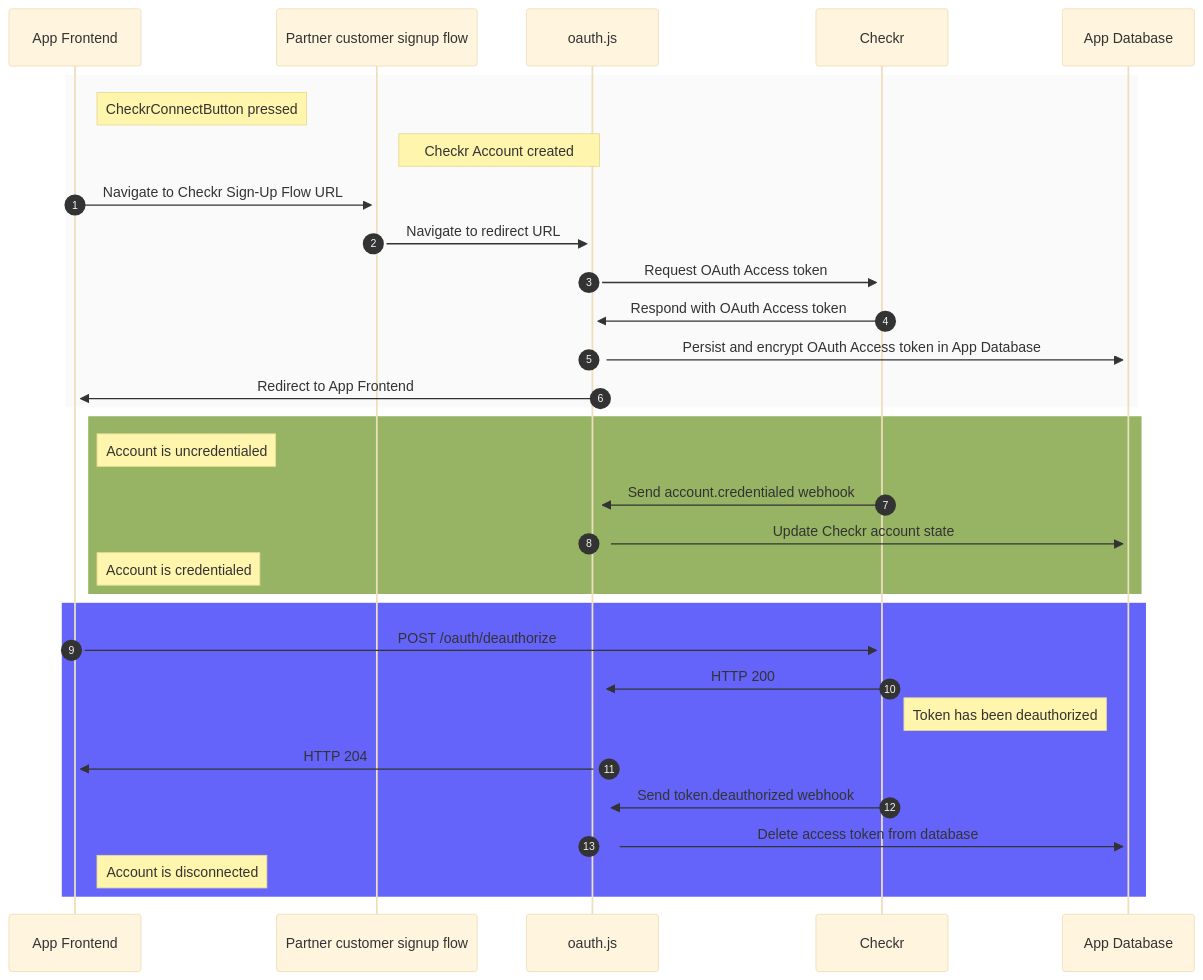
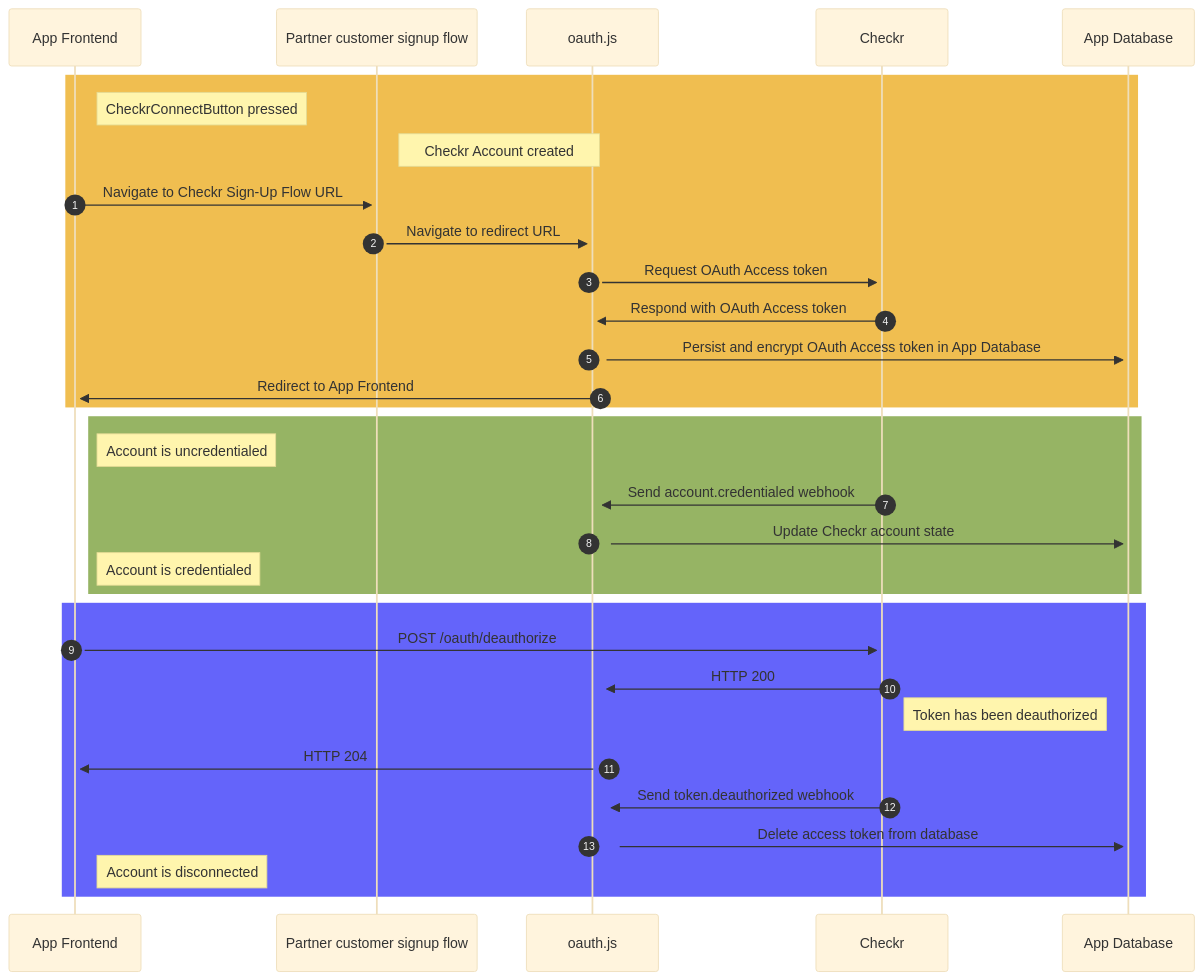
The diagram in README.md (checkr/oauth-reference-integration), drawn with Mermaid (base theme) before and after one commit.

Commit message:
Update box color

````diff
--- a/README.md
+++ b/README.md
@@ -59,31 +59,31 @@
 ```mermaid
 sequenceDiagram
   autonumber
 
-  rect rgb(250, 250, 250)
+  rect rgb(240, 190, 80)
     Note right of App Frontend: CheckrConnectButton pressed
     Note right of Partner customer signup flow: Checkr Account created
 
     App Frontend->>+Partner customer signup flow: Navigate to Checkr Sign-Up Flow URL
     Partner customer signup flow->>+oauth.js: Navigate to redirect URL
     oauth.js->>+Checkr: Request OAuth Access token
     Checkr->>+oauth.js: Respond with OAuth Access token
     oauth.js->>+App Database: Persist and encrypt OAuth Access token in App Database
     oauth.js->>+App Frontend: Redirect to App Frontend
   end
   rect rgb(150, 180, 100)
     Note right of App Frontend: Account is uncredentialed
     Checkr->>+oauth.js: Send account.credentialed webhook
     oauth.js->>+App Database: Update Checkr account state
     Note right of App Frontend: Account is credentialed
   end
   rect rgb(100, 100, 250)
     App Frontend->>+Checkr: POST /oauth/deauthorize
     Checkr->>+oauth.js: HTTP 200
     Note right of Checkr: Token has been deauthorized
     oauth.js->>+App Frontend: HTTP 204
     Checkr->>+oauth.js: Send token.deauthorized webhook
     oauth.js->>+App Database: Delete access token from database
     Note right of App Frontend: Account is disconnected
   end
 ```
````
